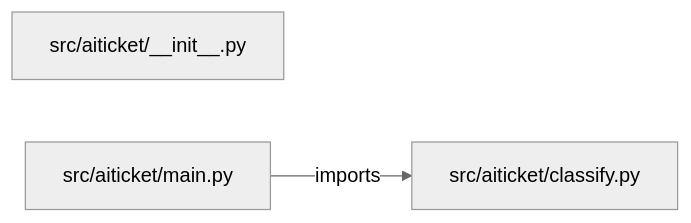
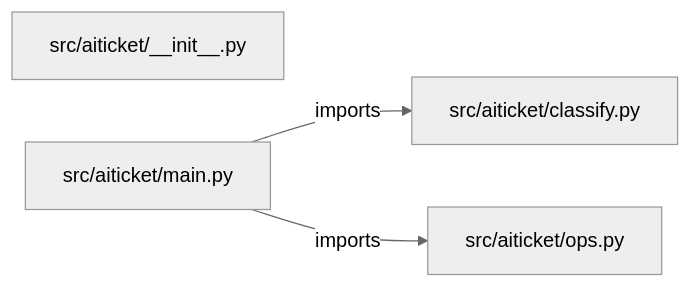
The diagram in PROJECT_ARCHITECTURE.md (iarsingh/ai-support-ticket-classifier), drawn with Mermaid (neutral theme) before and after one commit. The commit also changed other lines of this file and 2 other files, not shown here.

Commit message:
Refresh architecture and interview guides from current implementation

````diff
--- a/PROJECT_ARCHITECTURE.md
+++ b/PROJECT_ARCHITECTURE.md
@@ -13,7 +13,9 @@
 ```mermaid
 flowchart LR
     M0["src/aiticket/__init__.py"]
     M1["src/aiticket/classify.py"]
     M2["src/aiticket/main.py"]
+    M3["src/aiticket/ops.py"]
     M2 -->|imports| M1
+    M2 -->|imports| M3
 ```
````
